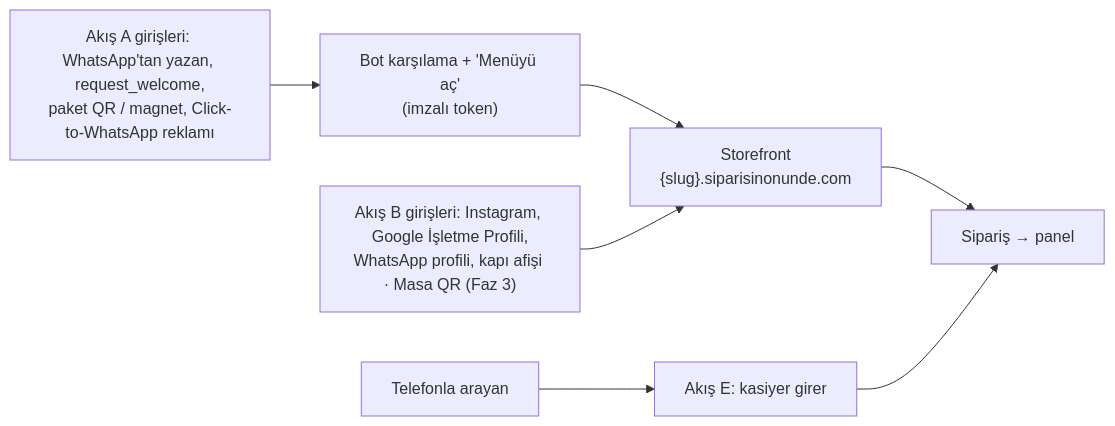
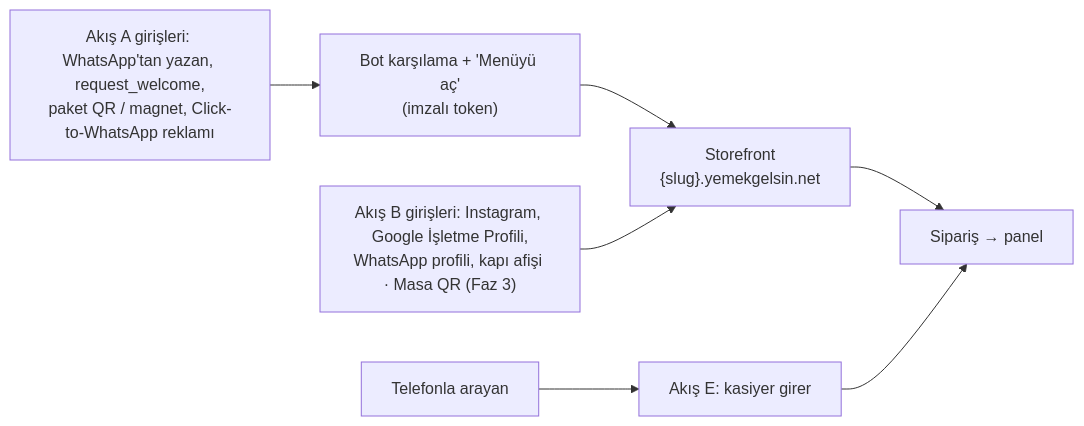
One commit to eraycaylak/siparisinonunde changed the first of 7 diagrams in docs/03-musteri-deneyimi-ve-storefront.md. Above: the diagram before and after it, drawn with Mermaid. The commit also changed other lines of this file and 99 other files, not shown here.

First line of the commit message:
Yemek Gelsin: marka adı, yemekgelsin.net alan adı, herkese açık demo

````diff
--- a/docs/03-musteri-deneyimi-ve-storefront.md
+++ b/docs/03-musteri-deneyimi-ve-storefront.md
@@ -41,7 +41,7 @@
 ```mermaid
 flowchart LR
-    A["Akış A girişleri: WhatsApp'tan yazan, request_welcome,<br/>paket QR / magnet, Click-to-WhatsApp reklamı"] --> K["Bot karşılama + 'Menüyü aç'<br/>(imzalı token)"] --> SF["Storefront<br/>{slug}.siparisinonunde.com"]
+    A["Akış A girişleri: WhatsApp'tan yazan, request_welcome,<br/>paket QR / magnet, Click-to-WhatsApp reklamı"] --> K["Bot karşılama + 'Menüyü aç'<br/>(imzalı token)"] --> SF["Storefront<br/>{slug}.yemekgelsin.net"]
     B["Akış B girişleri: Instagram, Google İşletme Profili,<br/>WhatsApp profili, kapı afişi · Masa QR (Faz 3)"] --> SF
     SF --> O["Sipariş → panel"]
     T["Telefonla arayan"] --> E["Akış E: kasiyer girer"] --> O
 ```
````
